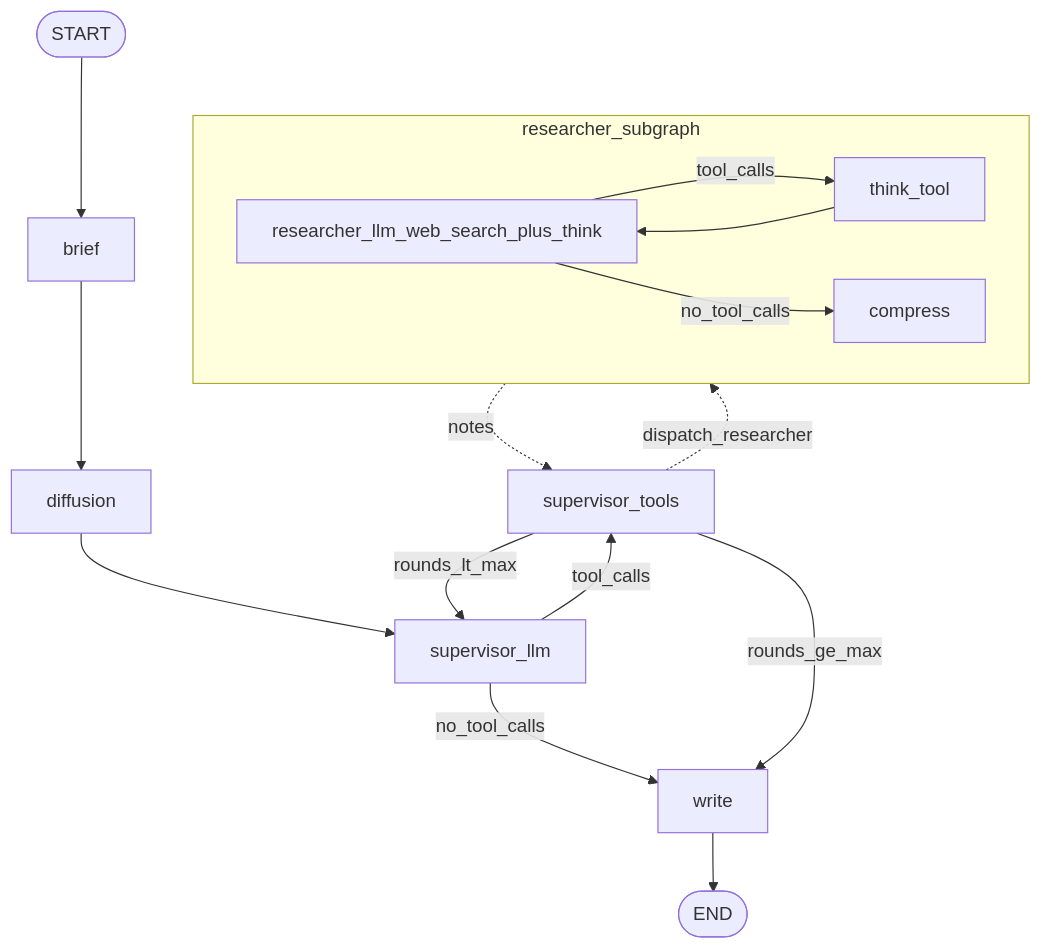
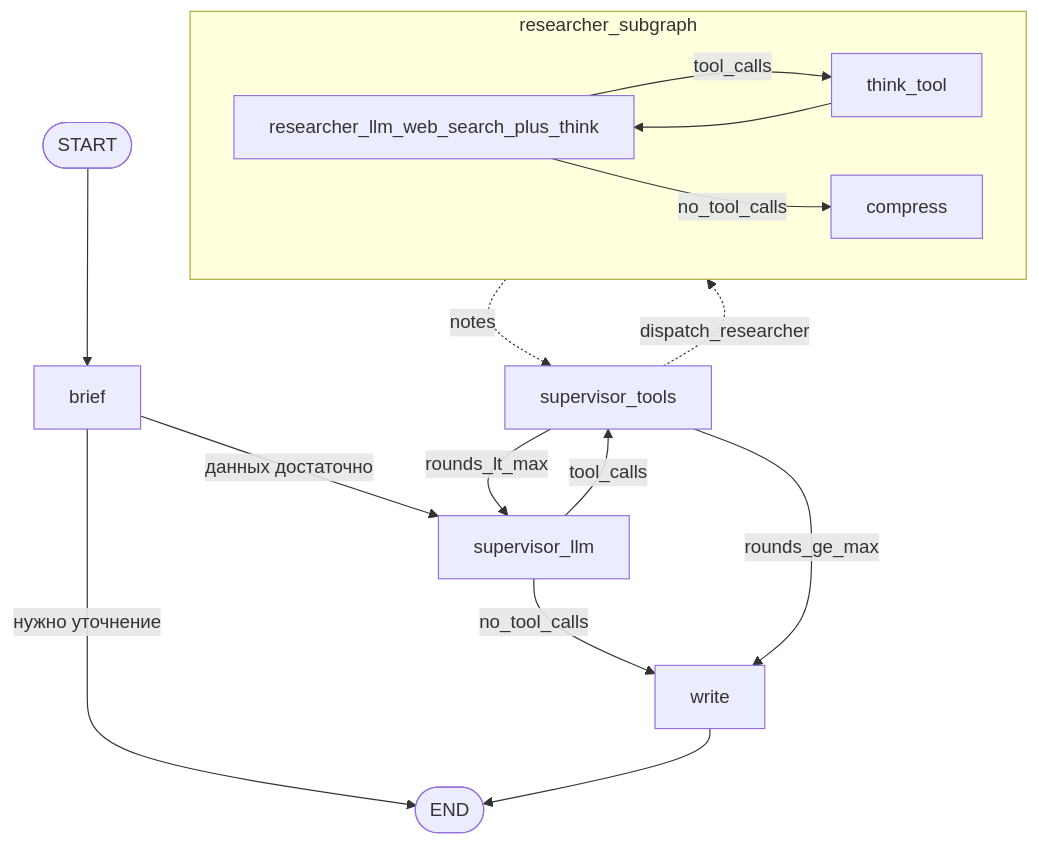
Before and after one commit to KirillKrasikov/deep-research-anatomy: the diagram in README.md, drawn with Mermaid. The commit also changed other lines of this file and 12 other files, not shown here.

````diff
--- a/README.md
+++ b/README.md
@@ -28,24 +28,24 @@
 ```mermaid
 flowchart TD
     Start([START])
     Start --> Brief[brief]
-    Brief --> Diffusion[diffusion]
-    Diffusion --> SupLLM[supervisor_llm]
+    Brief -->|нужно уточнение| End([END])
+    Brief -->|данных достаточно| SupLLM[supervisor_llm]
     SupLLM -->|tool_calls| Tools[supervisor_tools]
     SupLLM -->|no_tool_calls| Write[write]
     Tools -->|rounds_lt_max| SupLLM
     Tools -->|rounds_ge_max| Write
     Write --> End([END])
 
     subgraph Researcher [researcher_subgraph]
         RLLM[researcher_llm_web_search_plus_think]
         RTools[think_tool]
         Compress[compress]
         RLLM -->|tool_calls| RTools
         RTools --> RLLM
         RLLM -->|no_tool_calls| Compress
     end
 
     Tools -.dispatch_researcher.-> Researcher
     Researcher -.notes.-> Tools
 ```
````
